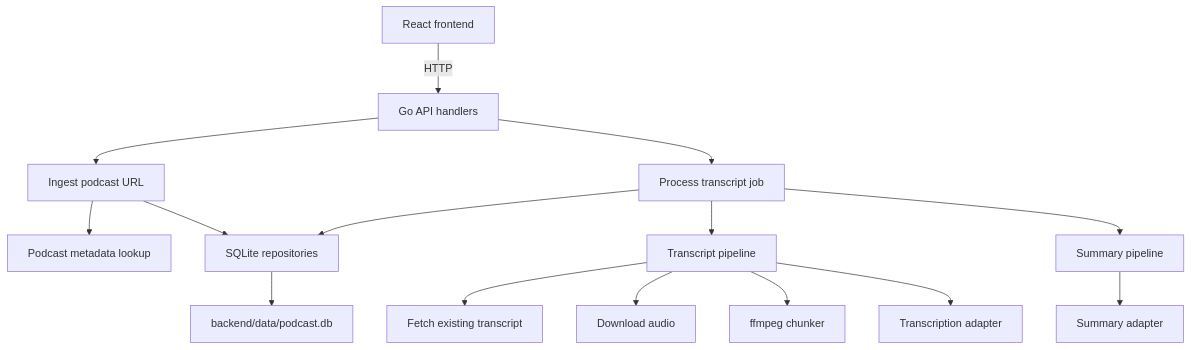
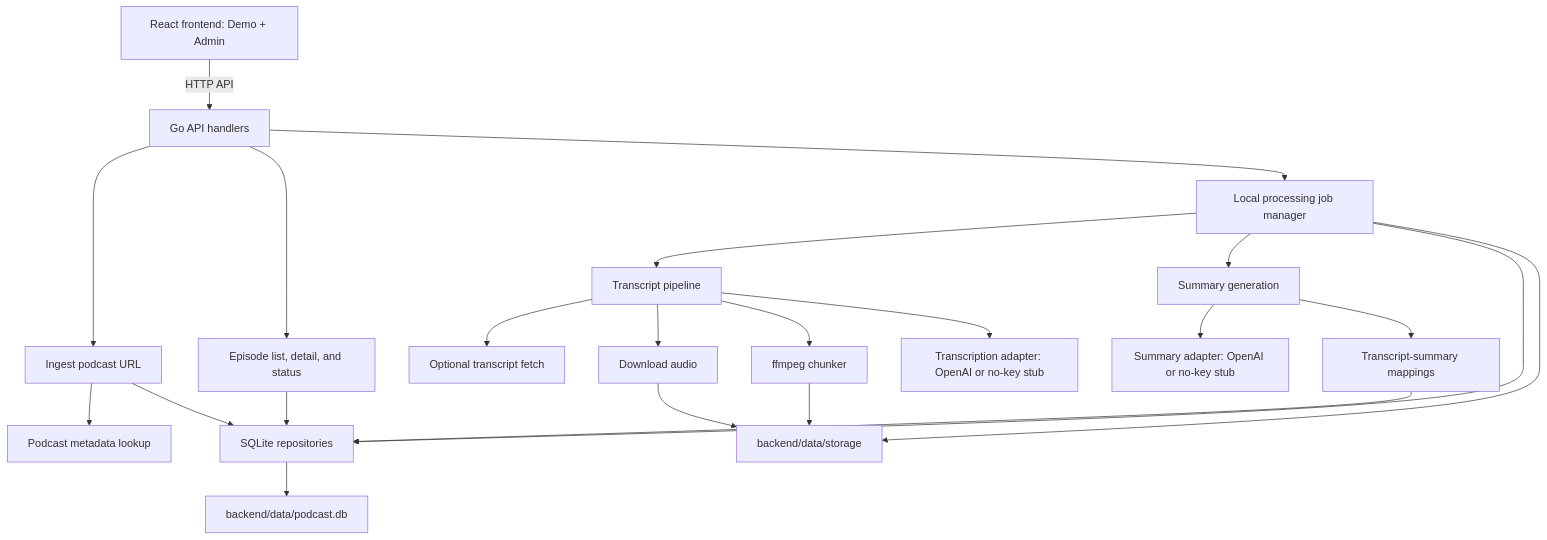
Before and after one commit to yanqian/podcast-summarizer: the diagram in README.md, drawn with Mermaid.

Commit message:
Update README architecture diagram

````diff
--- a/README.md
+++ b/README.md
@@ -15,23 +15,30 @@
 ```mermaid
 flowchart TB
-  UI["React frontend"] -->|"HTTP"| API["Go API handlers"]
+  UI["React frontend: Demo + Admin"] -->|"HTTP API"| API["Go API handlers"]
 
   API --> Ingest["Ingest podcast URL"]
-  API --> Jobs["Process transcript job"]
+  API --> Reads["Episode list, detail, and status"]
+  API --> Jobs["Local processing job manager"]
 
   Ingest --> ITunes["Podcast metadata lookup"]
   Ingest --> Repos["SQLite repositories"]
+  Reads --> Repos
 
   Jobs --> TranscriptPipeline["Transcript pipeline"]
-  Jobs --> SummarySvc["Summary pipeline"]
+  Jobs --> SummaryPipeline["Summary generation"]
   Jobs --> Repos
+  Jobs --> LocalStorage["backend/data/storage"]
 
   Repos --> LocalDB["backend/data/podcast.db"]
 
-  TranscriptPipeline --> TranscriptFetch["Fetch existing transcript"]
+  TranscriptPipeline --> TranscriptFetch["Optional transcript fetch"]
   TranscriptPipeline --> Downloader["Download audio"]
+  Downloader --> LocalStorage
   TranscriptPipeline --> FFmpeg["ffmpeg chunker"]
-  TranscriptPipeline --> Transcriber["Transcription adapter"]
+  FFmpeg --> LocalStorage
+  TranscriptPipeline --> Transcriber["Transcription adapter: OpenAI or no-key stub"]
 
-  SummarySvc --> SummaryClient["Summary adapter"]
+  SummaryPipeline --> SummaryClient["Summary adapter: OpenAI or no-key stub"]
+  SummaryPipeline --> Mappings["Transcript-summary mappings"]
+  Mappings --> Repos
 ```
````
